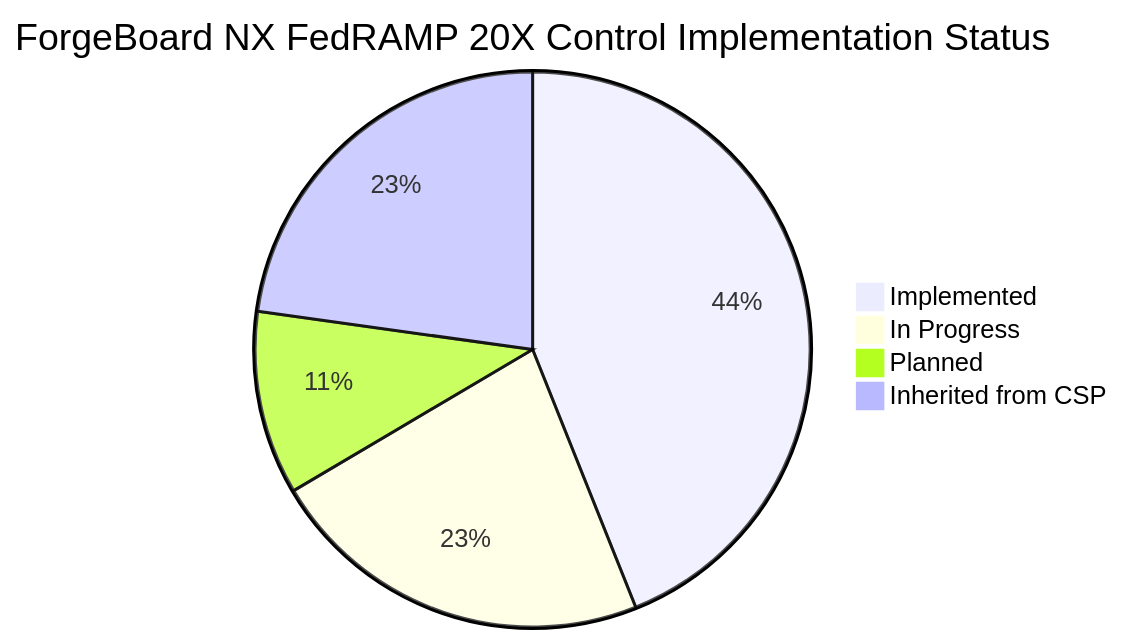
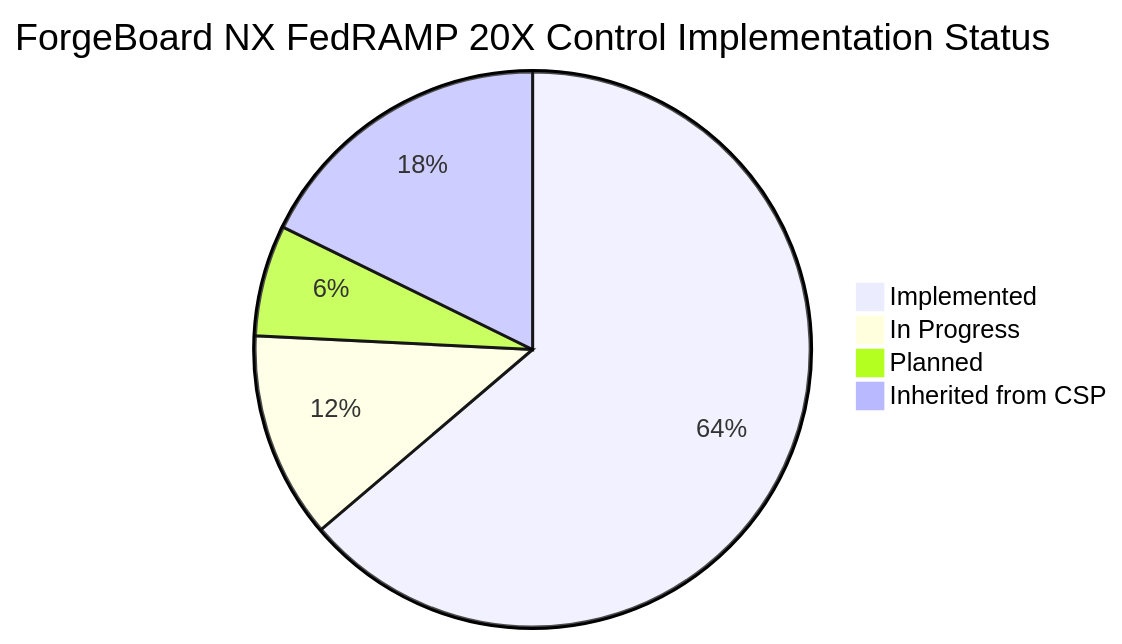
Before and after one commit to JeffreySanford/forge-board: the fifth of 9 diagrams in forgeboard-frontend/src/assets/documentation/FedRAMP/ADHERANCE.md, drawn with Mermaid. The commit also changed other lines of this file and 21 other files, not shown here.

````diff
--- a/forgeboard-frontend/src/assets/documentation/FedRAMP/ADHERANCE.md
+++ b/forgeboard-frontend/src/assets/documentation/FedRAMP/ADHERANCE.md
@@ -433,7 +421,7 @@
 ```mermaid
 pie title ForgeBoard NX FedRAMP 20X Control Implementation Status
-    "Implemented" : 185
-    "In Progress" : 95
-    "Planned" : 45
+    "Implemented" : 345
+    "In Progress" : 65
+    "Planned" : 35
     "Inherited from CSP" : 96
 ```
````
